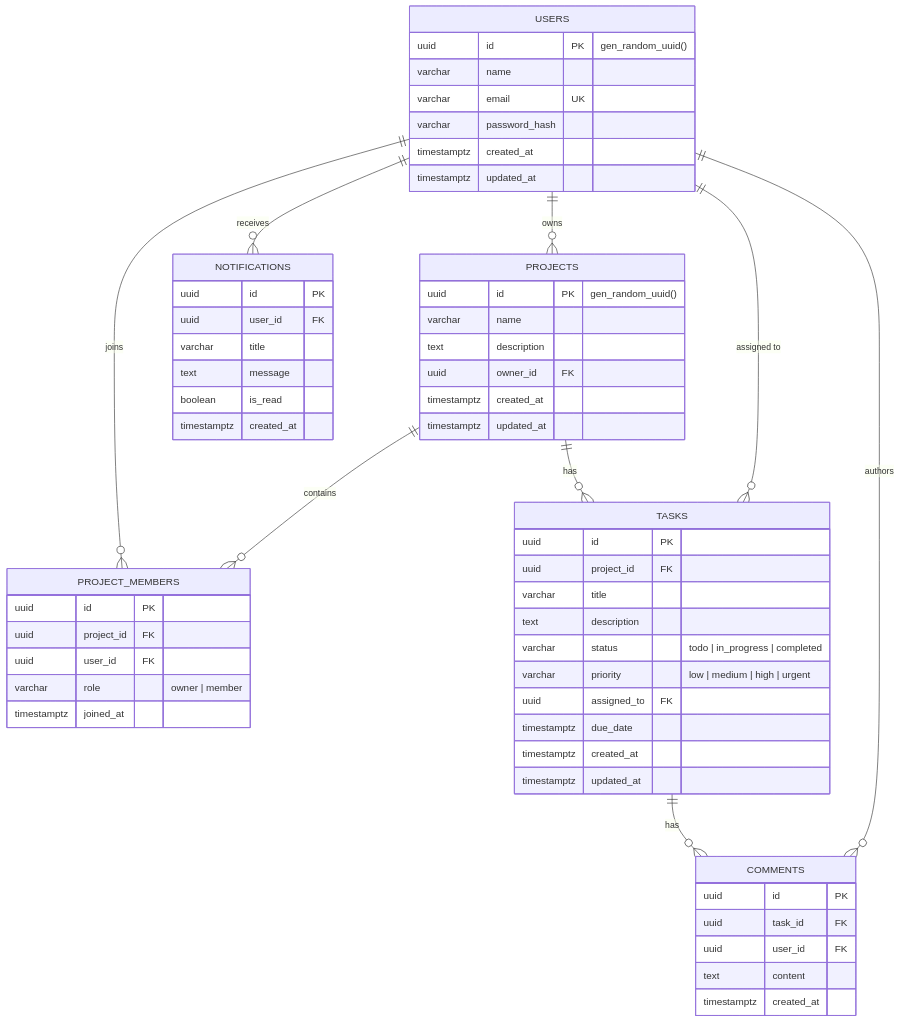
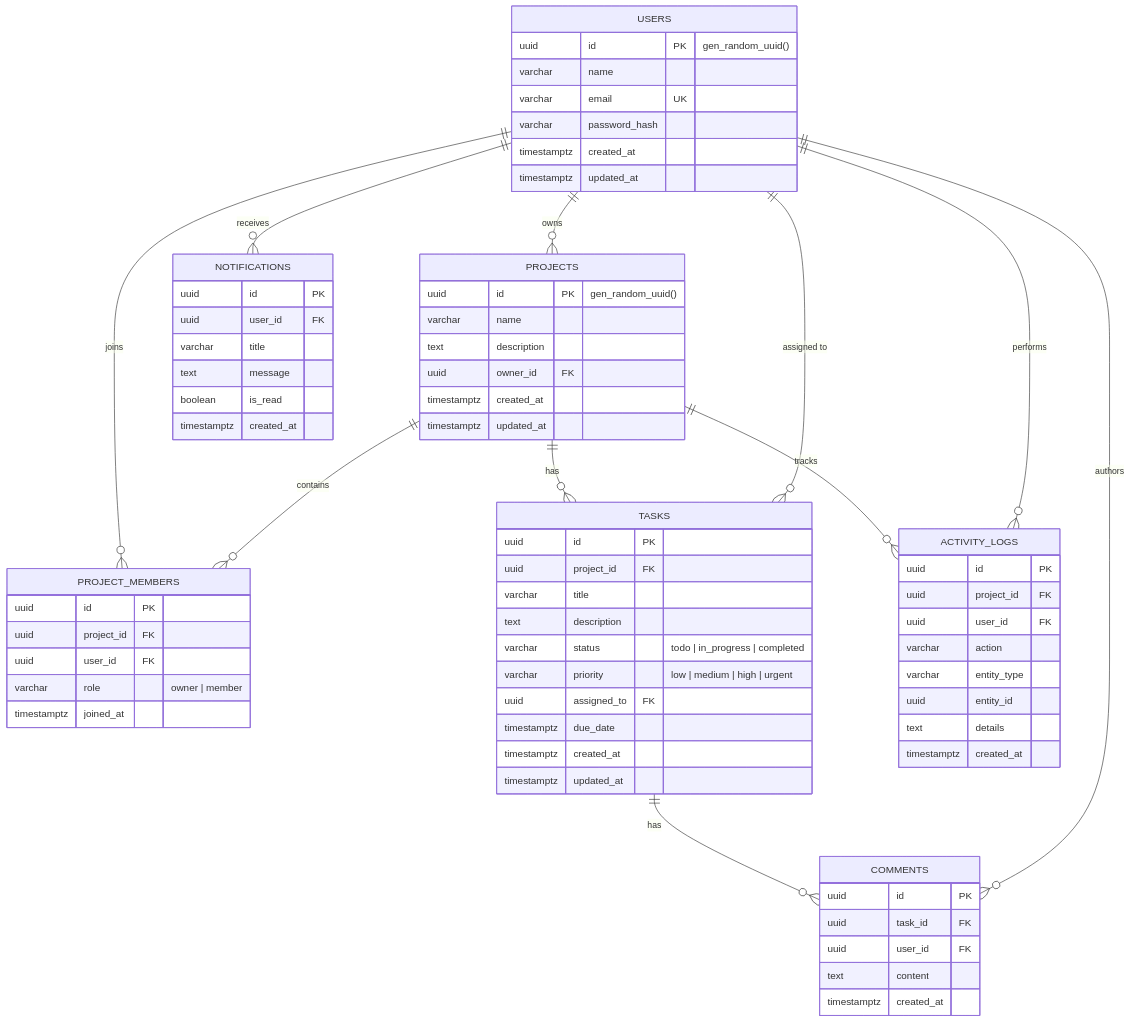
One commit to khoirirrosikin/task-management changed the diagram in README.md. Above: the diagram before and after it, drawn with Mermaid. The commit also changed other lines of this file and 15 other files, not shown here.

````diff
--- a/README.md
+++ b/README.md
@@ -159,67 +169,80 @@
 ```mermaid
 erDiagram
     USERS ||--o{ PROJECTS : "owns"
     USERS ||--o{ PROJECT_MEMBERS : "joins"
     PROJECTS ||--o{ PROJECT_MEMBERS : "contains"
     PROJECTS ||--o{ TASKS : "has"
     USERS ||--o{ TASKS : "assigned to"
     TASKS ||--o{ COMMENTS : "has"
     USERS ||--o{ COMMENTS : "authors"
     USERS ||--o{ NOTIFICATIONS : "receives"
+    PROJECTS ||--o{ ACTIVITY_LOGS : "tracks"
+    USERS ||--o{ ACTIVITY_LOGS : "performs"
 
     USERS {
         uuid id PK "gen_random_uuid()"
         varchar name
         varchar email UK
         varchar password_hash
         timestamptz created_at
         timestamptz updated_at
     }
 
     PROJECTS {
         uuid id PK "gen_random_uuid()"
         varchar name
         text description
         uuid owner_id FK
         timestamptz created_at
         timestamptz updated_at
     }
 
     PROJECT_MEMBERS {
         uuid id PK
         uuid project_id FK
         uuid user_id FK
         varchar role "owner | member"
         timestamptz joined_at
     }
 
     TASKS {
         uuid id PK
         uuid project_id FK
         varchar title
         text description
         varchar status "todo | in_progress | completed"
         varchar priority "low | medium | high | urgent"
         uuid assigned_to FK
         timestamptz due_date
         timestamptz created_at
         timestamptz updated_at
     }
 
     COMMENTS {
         uuid id PK
         uuid task_id FK
         uuid user_id FK
         text content
         timestamptz created_at
     }
 
     NOTIFICATIONS {
         uuid id PK
         uuid user_id FK
         varchar title
         text message
         boolean is_read
         timestamptz created_at
     }
+
+    ACTIVITY_LOGS {
+        uuid id PK
+        uuid project_id FK
+        uuid user_id FK
+        varchar action
+        varchar entity_type
+        uuid entity_id
+        text details
+        timestamptz created_at
+    }
 ```
````
